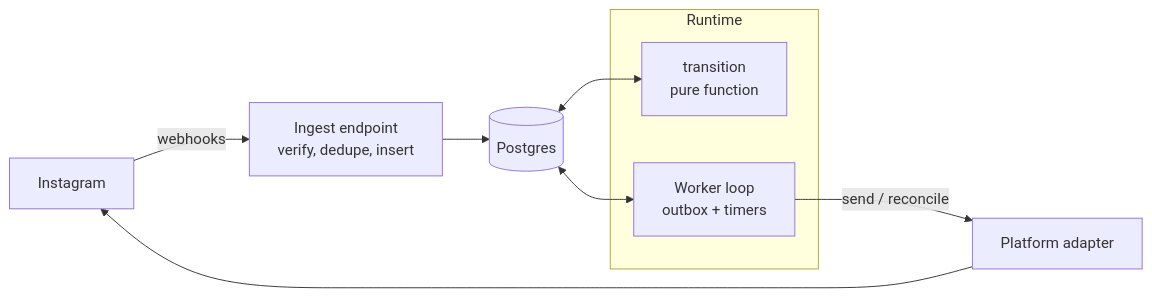
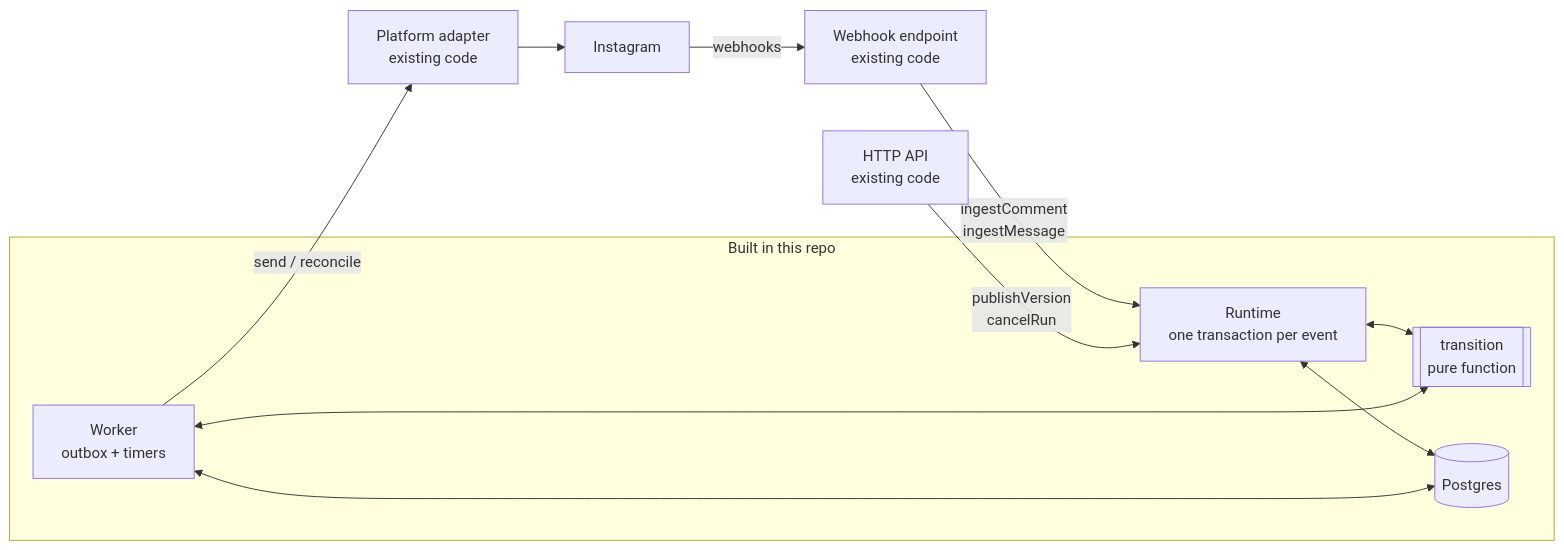
Before and after one commit to astansler/comment-automations: the first of 3 diagrams in README.md, drawn with Mermaid. The commit also changed other lines of this file and 1 other file, not shown here.

````diff
--- a/README.md
+++ b/README.md
@@ -87,13 +96,18 @@
 ```mermaid
 flowchart LR
-  IG[Instagram] -- webhooks --> ING[Ingest endpoint<br/>verify, dedupe, insert]
-  ING --> PG[(Postgres)]
-  subgraph Runtime
-    T[transition<br/>pure function]
-    W[Worker loop<br/>outbox + timers]
+  IG[Instagram] -- webhooks --> EDGE[Webhook endpoint<br/>existing code]
+  EDGE -- ingestComment<br/>ingestMessage --> RT
+  API[HTTP API<br/>existing code] -- publishVersion<br/>cancelRun --> RT
+  subgraph BUILT[Built in this repo]
+    RT[Runtime<br/>one transaction per event]
+    T[[transition<br/>pure function]]
+    W[Worker<br/>outbox + timers]
+    PG[(Postgres)]
   end
-  PG <--> T
-  PG <--> W
-  W -- send / reconcile --> AD[Platform adapter]
+  RT <--> T
+  W <--> T
+  RT <--> PG
+  W <--> PG
+  W -- send / reconcile --> AD[Platform adapter<br/>existing code]
   AD --> IG
 ```
````
